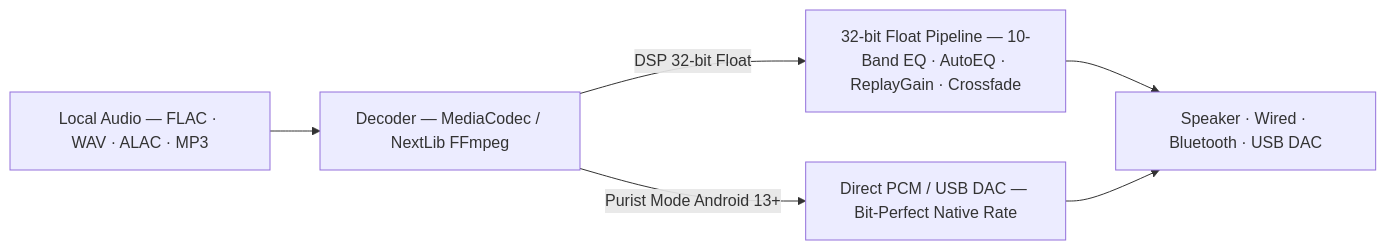
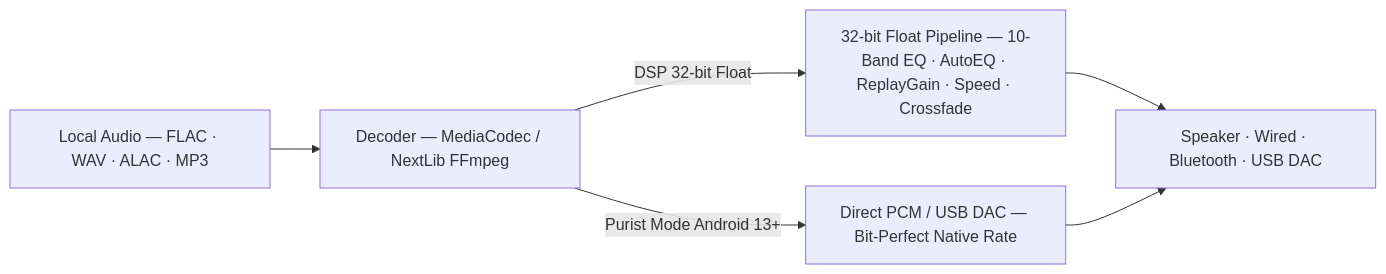
Before and after one commit to Dawnistrator/Lumyn: the diagram in README.md, drawn with Mermaid. The commit also changed other lines of this file, not shown here.

````diff
--- a/README.md
+++ b/README.md
@@ -51,8 +67,8 @@
 ```mermaid
 flowchart LR
     File["Local Audio — FLAC · WAV · ALAC · MP3"] --> Dec["Decoder — MediaCodec / NextLib FFmpeg"]
-    Dec -->|DSP 32-bit Float| DSP["32-bit Float Pipeline — 10-Band EQ · AutoEQ · ReplayGain · Crossfade"]
+    Dec -->|DSP 32-bit Float| DSP["32-bit Float Pipeline — 10-Band EQ · AutoEQ · ReplayGain · Speed · Crossfade"]
     Dec -->|Purist Mode Android 13+| Direct["Direct PCM / USB DAC — Bit-Perfect Native Rate"]
     DSP --> Out["Speaker · Wired · Bluetooth · USB DAC"]
     Direct --> Out
 ```
````
